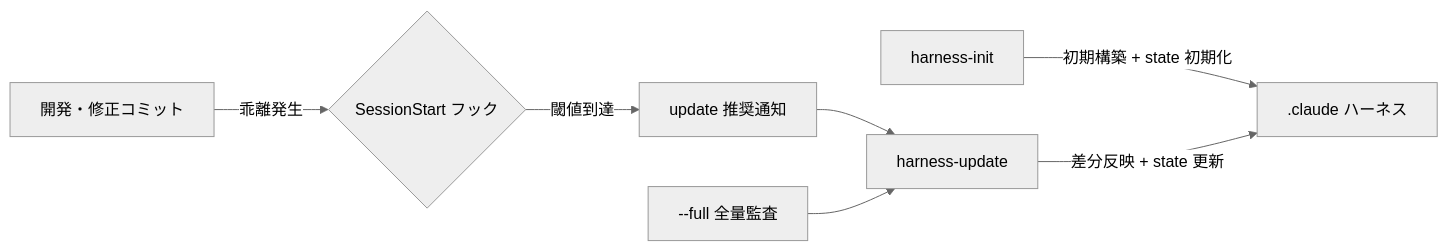
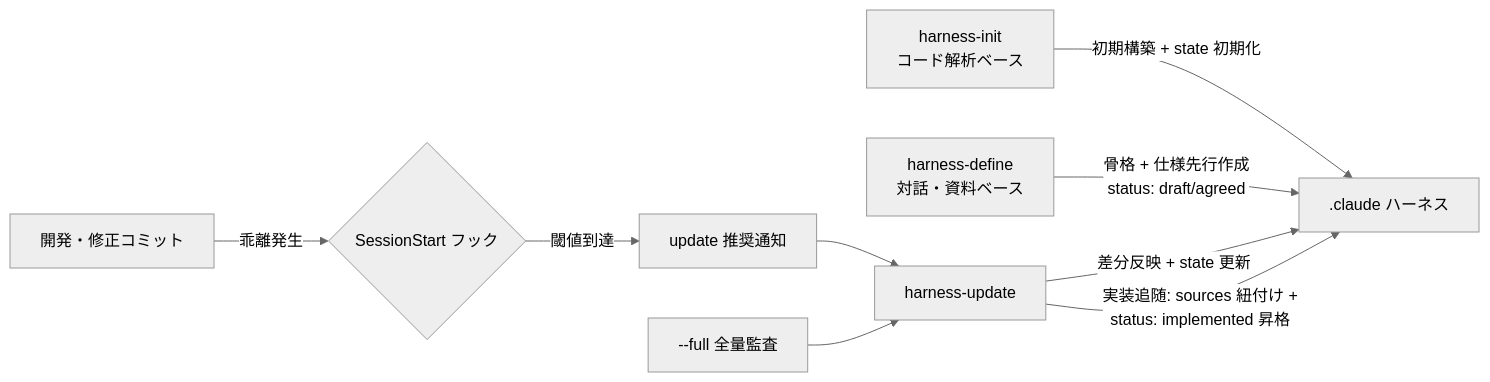
Before and after one commit to dmajima/claude-plugins: the diagram in plugins/project-harness/references/sync-spec.md, drawn with Mermaid (neutral theme). The commit also changed other lines of this file and 52 other files, not shown here.

````diff
--- a/plugins/project-harness/references/sync-spec.md
+++ b/plugins/project-harness/references/sync-spec.md
@@ -114,9 +141,11 @@
 ```mermaid
 flowchart LR
-    A[harness-init] -->|初期構築 + state 初期化| B[.claude ハーネス]
+    A[harness-init<br>コード解析ベース] -->|初期構築 + state 初期化| B[.claude ハーネス]
+    H[harness-define<br>対話・資料ベース] -->|骨格 + 仕様先行作成<br>status: draft/agreed| B
     C[開発・修正コミット] -->|乖離発生| D{SessionStart フック}
     D -->|閾値到達| E[update 推奨通知]
     E --> F[harness-update]
     F -->|差分反映 + state 更新| B
+    F -->|実装追随: sources 紐付け +<br>status: implemented 昇格| B
     G[--full 全量監査] --> F
 ```
````
